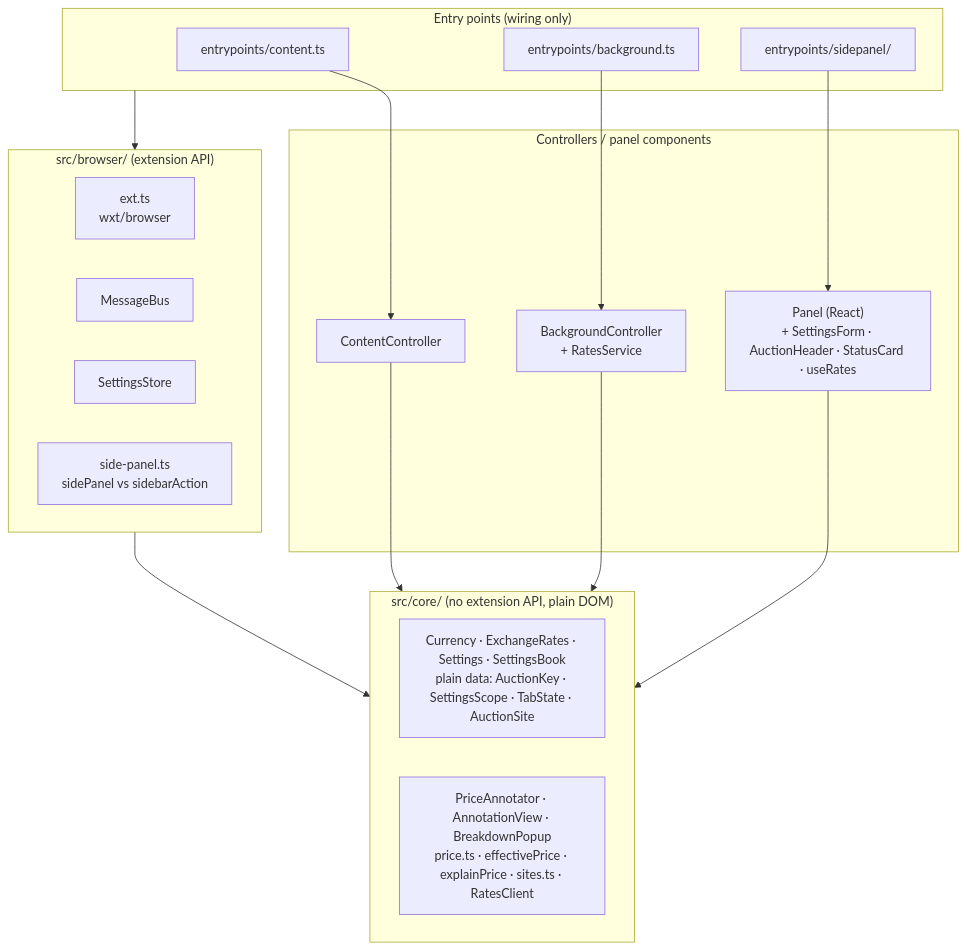
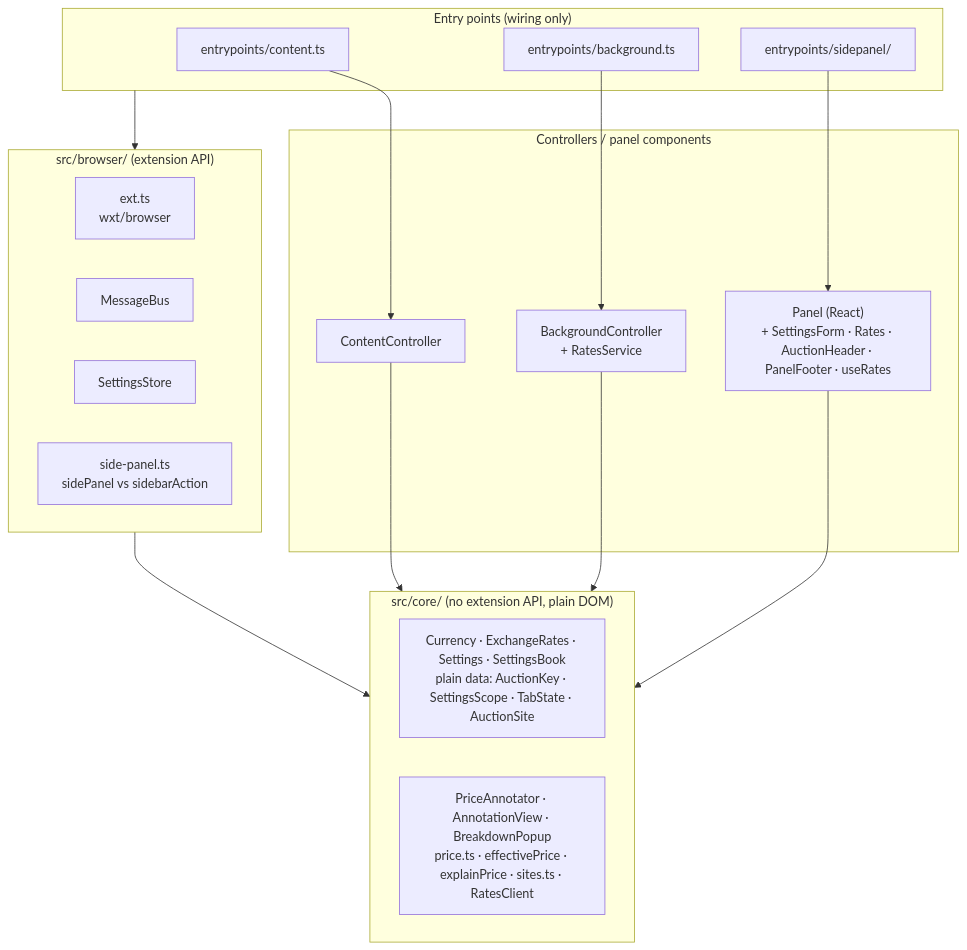
One commit to radyak/minerva-browserplugin changed the first of 8 diagrams in docs/architecture.md. Above: the diagram before and after it, drawn with Mermaid. The commit also changed other lines of this file and 9 other files, not shown here.

````diff
--- a/docs/architecture.md
+++ b/docs/architecture.md
@@ -15,32 +15,32 @@
 ```mermaid
 flowchart TB
   subgraph entry["Entry points (wiring only)"]
     content_js["entrypoints/content.ts"]
     background_js["entrypoints/background.ts"]
     panel_js["entrypoints/sidepanel/"]
   end
   subgraph controllers["Controllers / panel components"]
     CC["ContentController"]
     BC["BackgroundController<br/>+ RatesService"]
-    PC["Panel (React)<br/>+ SettingsForm · AuctionHeader · StatusCard · useRates"]
+    PC["Panel (React)<br/>+ SettingsForm · Rates · AuctionHeader · PanelFooter · useRates"]
   end
   subgraph browser["src/browser/ (extension API)"]
     ext["ext.ts<br/>wxt/browser"]
     bus["MessageBus"]
     store["SettingsStore"]
     side["side-panel.ts<br/>sidePanel vs sidebarAction"]
   end
   subgraph core["src/core/ (no extension API, plain DOM)"]
     domain["Currency · ExchangeRates · Settings · SettingsBook<br/>plain data: AuctionKey · SettingsScope · TabState · AuctionSite"]
     logic["PriceAnnotator · AnnotationView · BreakdownPopup<br/>price.ts · effectivePrice · explainPrice · sites.ts · RatesClient"]
   end
 
   content_js --> CC
   background_js --> BC
   panel_js --> PC
   entry --> browser
   CC --> core
   BC --> core
   PC --> core
   browser --> core
 ```
````
